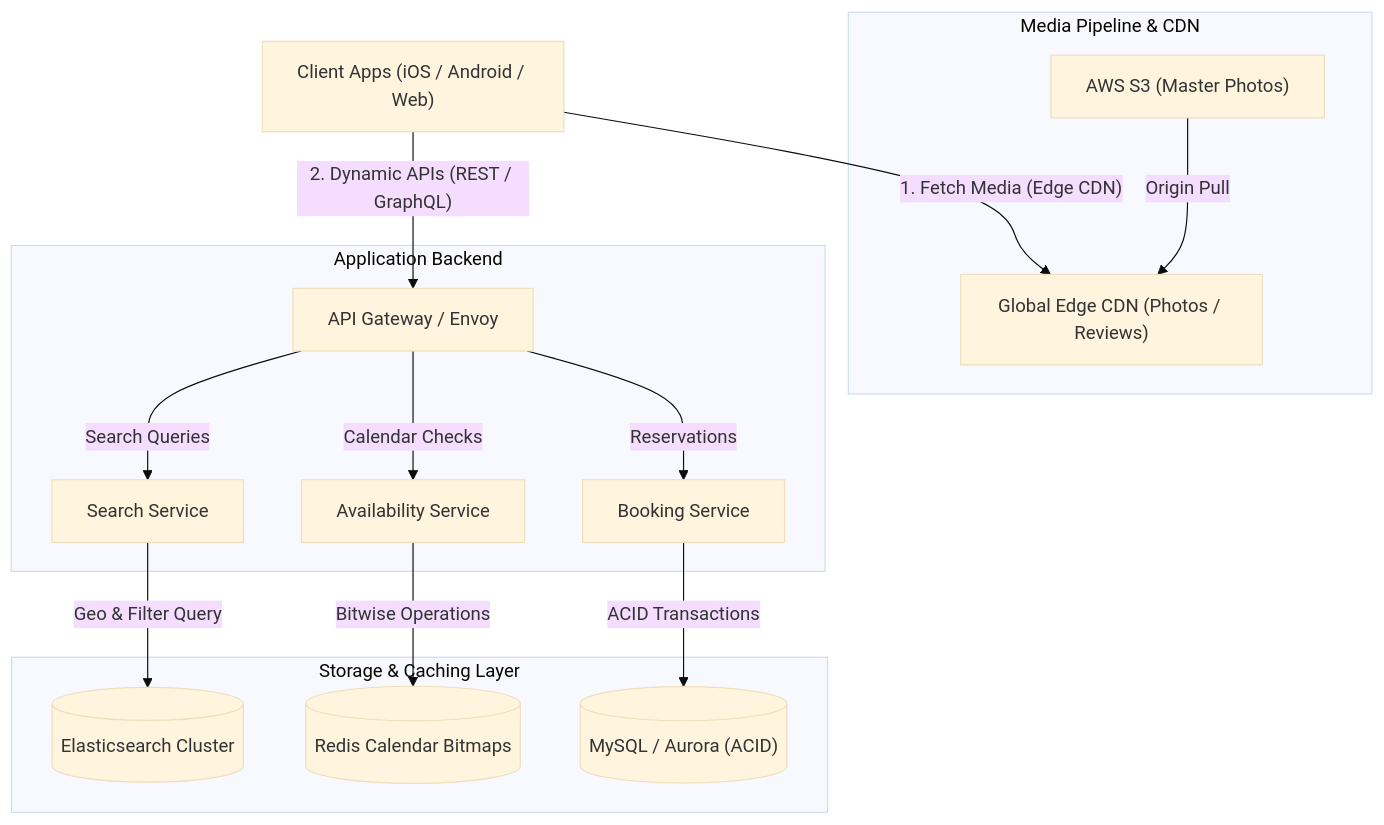
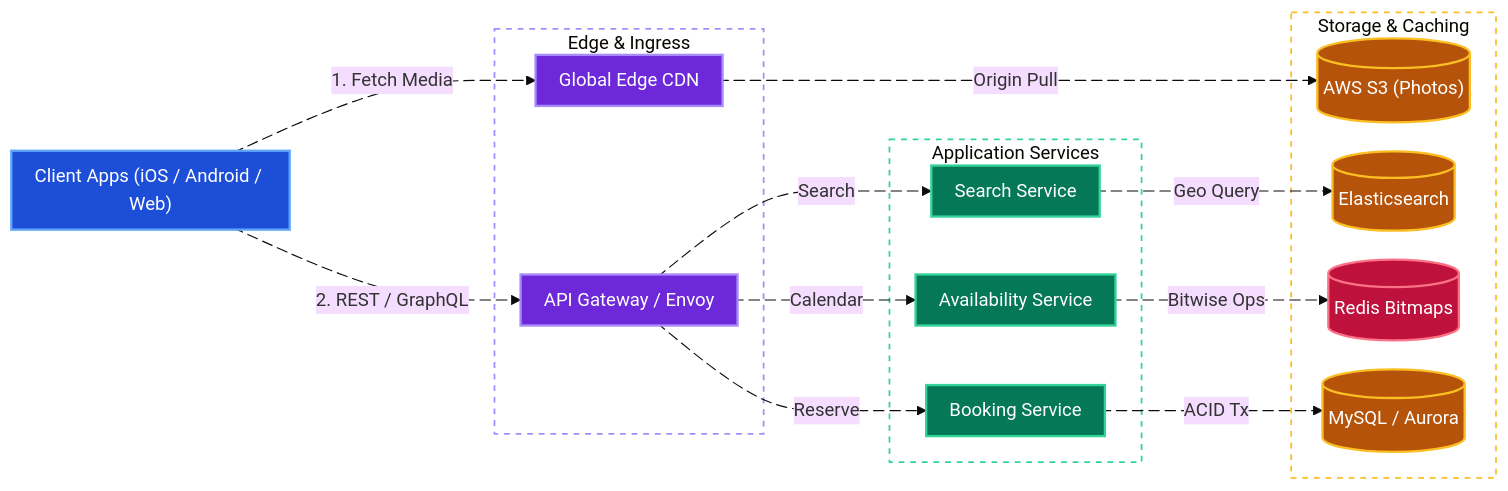
One commit to tarunbatta/tech-interview-prep changed the first of 5 diagrams in system-design/airbnb.md. Above: the diagram before and after it, drawn with Mermaid (base theme). The commit also changed other lines of this file and 30 other files, not shown here.

First line of the commit message:
docs(system-design): convert Mermaid flowcharts to LR with colors and animated edges

````diff
--- a/system-design/airbnb.md
+++ b/system-design/airbnb.md
@@ -71,28 +71,55 @@
 ```mermaid
-flowchart TD
+%%{init: {'flowchart': {'nodeSpacing': 25, 'rankSpacing': 45, 'padding': 10}}}%%
+flowchart LR
     Client["Client Apps (iOS / Android / Web)"]
-    subgraph MediaPipeline["Media Pipeline & CDN"]
-        CDN["Global Edge CDN (Photos / Reviews)"]
-        S3["AWS S3 (Master Photos)"]
+    subgraph EdgeTier["Edge & Ingress"]
+        CDN["Global Edge CDN"]
+        GW["API Gateway / Envoy"]
     end
-    subgraph AppBackend["Application Backend"]
-        GW["API Gateway / Envoy"]
+    subgraph AppBackend["Application Services"]
         SearchSvc["Search Service"]
         AvailSvc["Availability Service"]
         BookingSvc["Booking Service"]
     end
-    subgraph DataLayer["Storage & Caching Layer"]
-        ES[("Elasticsearch Cluster")]
-        Redis[("Redis Calendar Bitmaps")]
-        Aurora[("MySQL / Aurora (ACID)")]
+    subgraph DataLayer["Storage & Caching"]
+        S3[("AWS S3 (Photos)")]
+        ES[("Elasticsearch")]
+        Redis[("Redis Bitmaps")]
+        Aurora[("MySQL / Aurora")]
     end
-    Client -->|"1. Fetch Media (Edge CDN)"| CDN
-    S3 -->|"Origin Pull"| CDN
-    Client -->|"2. Dynamic APIs (REST / GraphQL)"| GW
-    GW -->|"Search Queries"| SearchSvc
-    GW -->|"Calendar Checks"| AvailSvc
-    GW -->|"Reservations"| BookingSvc
-    SearchSvc -->|"Geo & Filter Query"| ES
-    AvailSvc -->|"Bitwise Operations"| Redis
-    BookingSvc -->|"ACID Transactions"| Aurora
+    Client e1@-->|"1. Fetch Media"| CDN
+    CDN e2@-->|"Origin Pull"| S3
+    Client e3@-->|"2. REST / GraphQL"| GW
+    GW e4@-->|"Search"| SearchSvc
+    GW e5@-->|"Calendar"| AvailSvc
+    GW e6@-->|"Reserve"| BookingSvc
+    SearchSvc e7@-->|"Geo Query"| ES
+    AvailSvc e8@-->|"Bitwise Ops"| Redis
+    BookingSvc e9@-->|"ACID Tx"| Aurora
+
+    e1@{ animate: true }
+    e2@{ animate: true }
+    e3@{ animate: true }
+    e4@{ animate: true }
+    e5@{ animate: true }
+    e6@{ animate: true }
+    e7@{ animate: true }
+    e8@{ animate: true }
+    e9@{ animate: true }
+
+    classDef client fill:#1d4ed8,stroke:#60a5fa,stroke-width:2px,color:#ffffff
+    classDef edge fill:#6d28d9,stroke:#a78bfa,stroke-width:2px,color:#ffffff
+    classDef service fill:#047857,stroke:#34d399,stroke-width:2px,color:#ffffff
+    classDef cache fill:#be123c,stroke:#fb7185,stroke-width:2px,color:#ffffff
+    classDef storage fill:#b45309,stroke:#fbbf24,stroke-width:2px,color:#ffffff
+
+    class Client client
+    class CDN,GW edge
+    class SearchSvc,AvailSvc,BookingSvc service
+    class Redis cache
+    class S3,ES,Aurora storage
+
+    style EdgeTier fill:transparent,stroke:#a78bfa,stroke-width:1.5px,stroke-dasharray: 5 5
+    style AppBackend fill:transparent,stroke:#34d399,stroke-width:1.5px,stroke-dasharray: 5 5
+    style DataLayer fill:transparent,stroke:#fbbf24,stroke-width:1.5px,stroke-dasharray: 5 5
 ```
````
